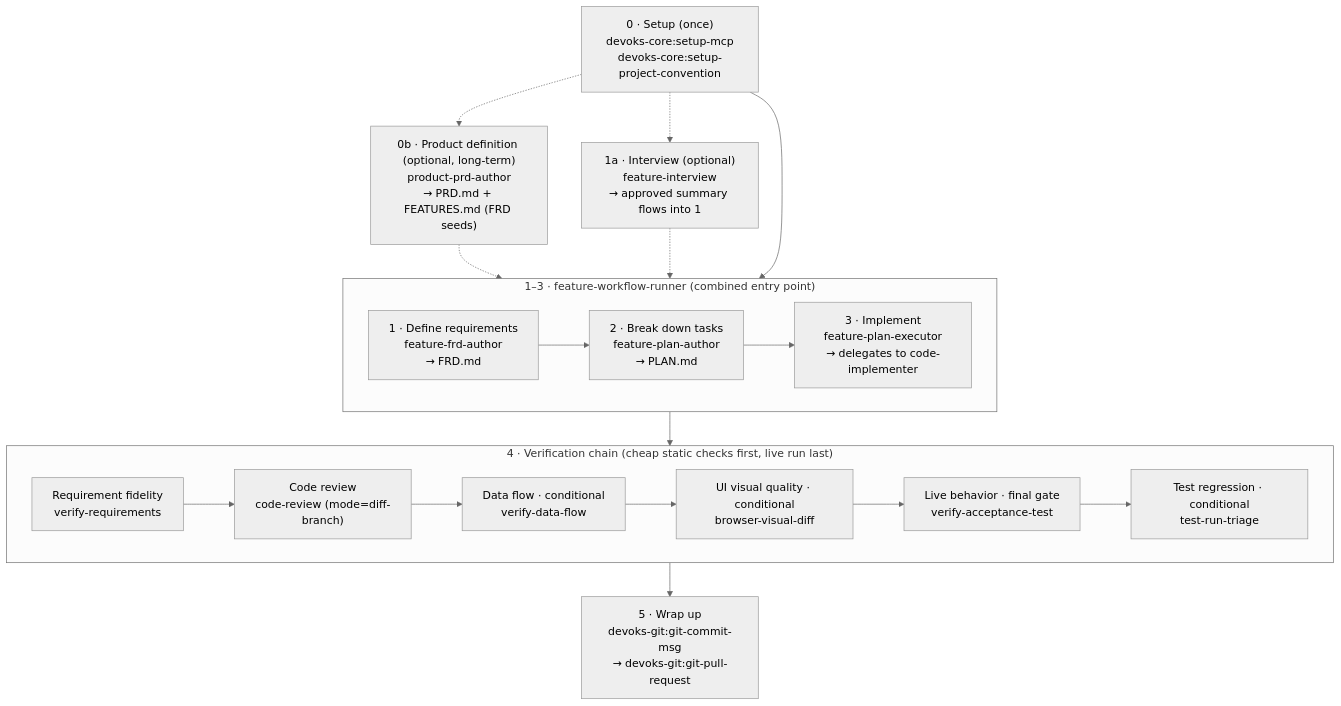
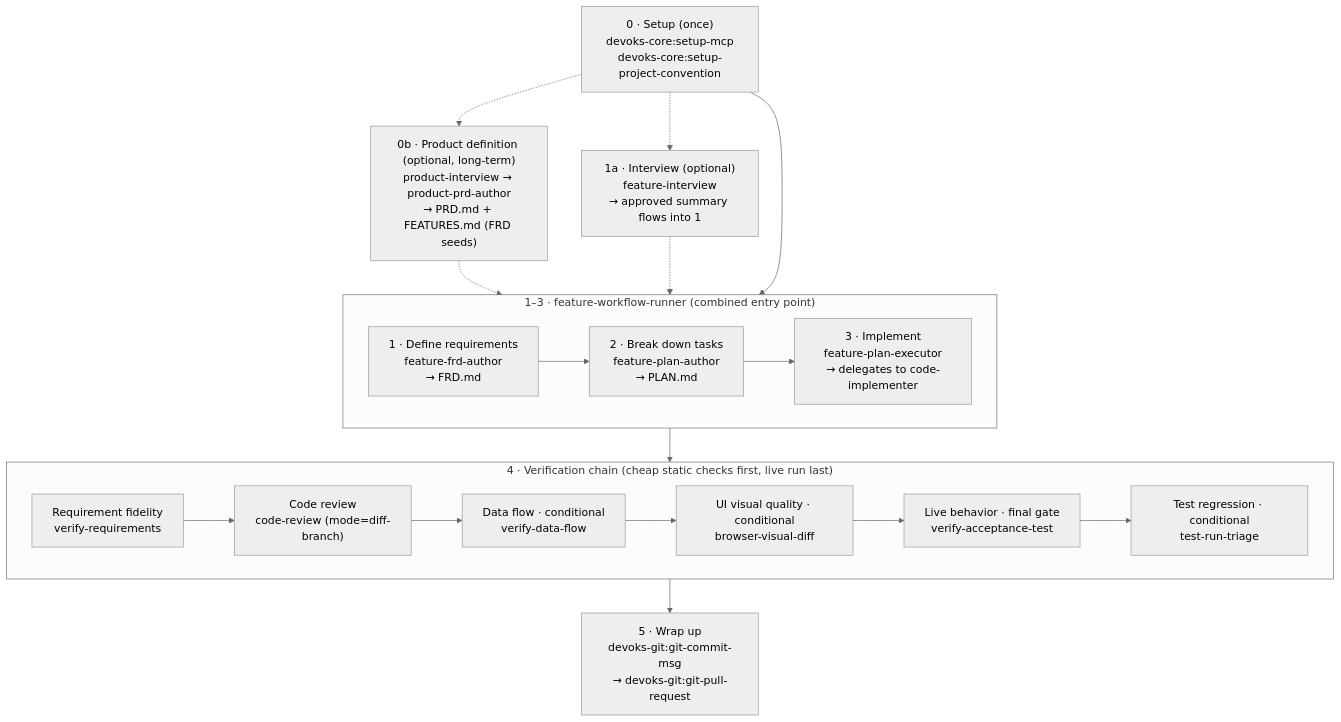
The diagram in README.md (ridsync/devoks-team-harness), drawn with Mermaid (neutral theme) before and after one commit. The commit also changed other lines of this file and 16 other files, not shown here.

First line of the commit message:
feat(devoks-sdlc): 제품 기획 인터뷰 product-interview 신설과 PRD·FRD 입력 양식 SSOT 도입

````diff
--- a/README.md
+++ b/README.md
@@ -108,37 +108,37 @@
 ```mermaid
 flowchart TD
     S["0 · Setup (once)<br/>devoks-core:setup-mcp<br/>devoks-core:setup-project-convention"]
 
-    PRD["0b · Product definition (optional, long-term)<br/>product-prd-author<br/>→ PRD.md + FEATURES.md (FRD seeds)"]
+    PRD["0b · Product definition (optional, long-term)<br/>product-interview → product-prd-author<br/>→ PRD.md + FEATURES.md (FRD seeds)"]
 
     D["1a · Interview (optional)<br/>feature-interview<br/>→ approved summary flows into 1"]
 
     subgraph BUILD["1–3 · feature-workflow-runner (combined entry point)"]
         direction LR
         F["1 · Define requirements<br/>feature-frd-author<br/>→ FRD.md"]
         P["2 · Break down tasks<br/>feature-plan-author<br/>→ PLAN.md"]
         I["3 · Implement<br/>feature-plan-executor<br/>→ delegates to code-implementer"]
         F --> P --> I
     end
 
     subgraph VERIFY["4 · Verification chain (cheap static checks first, live run last)"]
         direction LR
         V1["Requirement fidelity<br/>verify-requirements"]
         V2["Code review<br/>code-review (mode=diff-branch)"]
         V3["Data flow · conditional<br/>verify-data-flow"]
         V4["UI visual quality · conditional<br/>browser-visual-diff"]
         V5["Live behavior · final gate<br/>verify-acceptance-test"]
         V6["Test regression · conditional<br/>test-run-triage"]
         V1 --> V2 --> V3 --> V4 --> V5 --> V6
     end
 
     C["5 · Wrap up<br/>devoks-git:git-commit-msg<br/>→ devoks-git:git-pull-request"]
 
     S --> BUILD
     S -.-> PRD
     PRD -.-> F
     S -.-> D
     D -.-> F
     BUILD --> VERIFY
     VERIFY --> C
 ```
````
